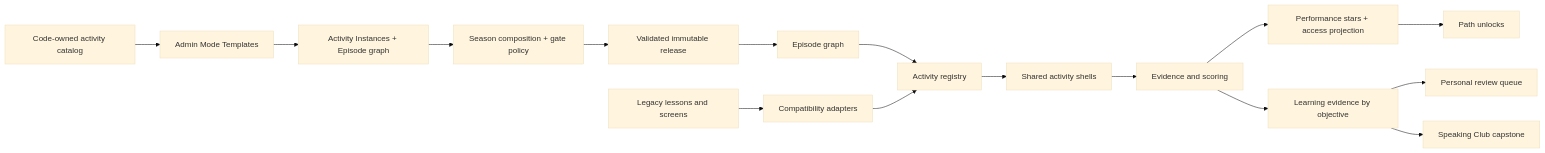
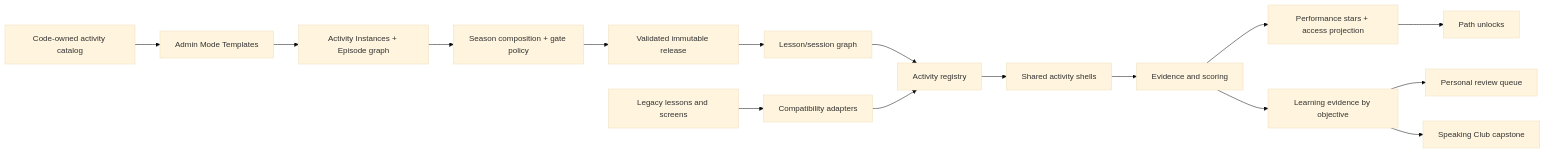
The diagram in docs/v2/README.md (badloar-star/phraseman), drawn with Mermaid (base theme) before and after one commit. The commit also changed other lines of this file and 1017 other files, not shown here.

````diff
--- a/docs/v2/README.md
+++ b/docs/v2/README.md
@@ -98,18 +111,18 @@
 ```mermaid
 flowchart LR
-  A["Episode graph"] --> B["Activity registry"]
+  A["Lesson/session graph"] --> B["Activity registry"]
   B --> C["Shared activity shells"]
   C --> D["Evidence and scoring"]
   D --> E["Performance stars + access projection"]
   D --> Q["Learning evidence by objective"]
   E --> F["Path unlocks"]
   Q --> G["Personal review queue"]
   Q --> H["Speaking Club capstone"]
   I["Code-owned activity catalog"] --> M["Admin Mode Templates"]
   M --> N["Activity Instances + Episode graph"]
   N --> O["Season composition + gate policy"]
   O --> J["Validated immutable release"]
   J --> A
   K["Legacy lessons and screens"] --> L["Compatibility adapters"]
   L --> B
 ```
````
